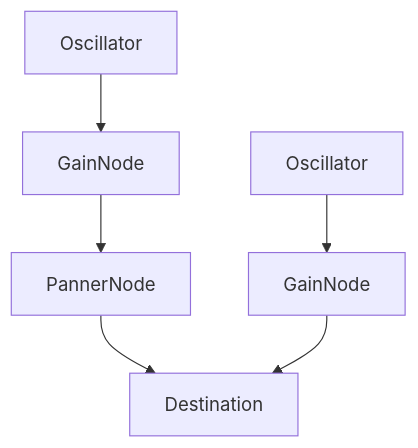
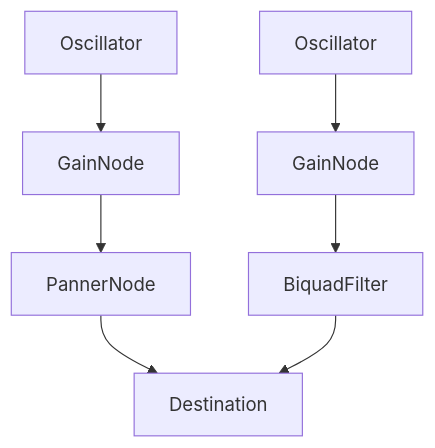
Before and after one commit to yzlin/react-native-audio-api: the diagram in internal-docs/basic-interfaces.md, drawn with Mermaid. The commit also changed other lines of this file and 1 other file, not shown here.

````diff
--- a/internal-docs/basic-interfaces.md
+++ b/internal-docs/basic-interfaces.md
@@ -111,8 +114,9 @@
 ```mermaid
-	graph TD
-    A[Oscillator] --> B[GainNode]
-		B --> C[PannerNode]
-		C --> D[Destination]
-		E[Oscillator] --> F[GainNode]
-		F --> D
+	graph TD;
+    A[Oscillator] --> B[GainNode];
+		B --> C[PannerNode];
+		C --> D[Destination];
+		E[Oscillator] --> F[GainNode];
+    F --> G[BiquadFilter]
+		G --> D
 ```
````
